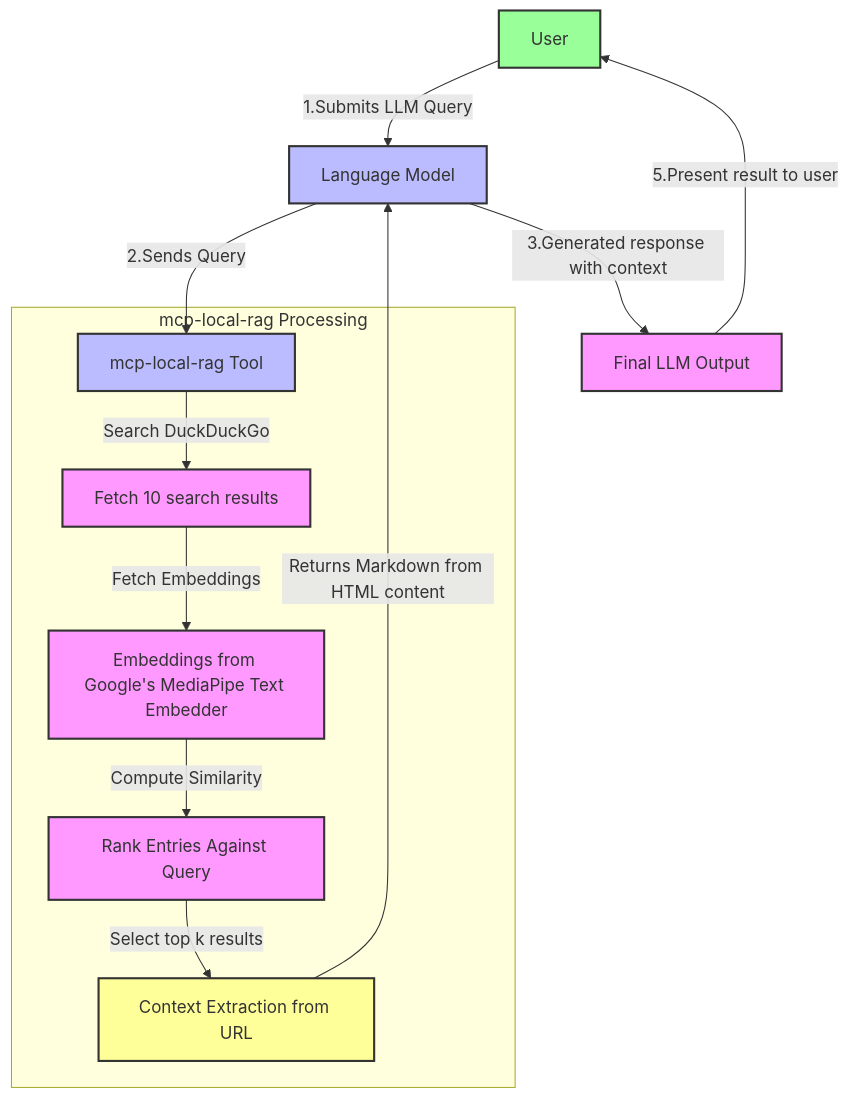
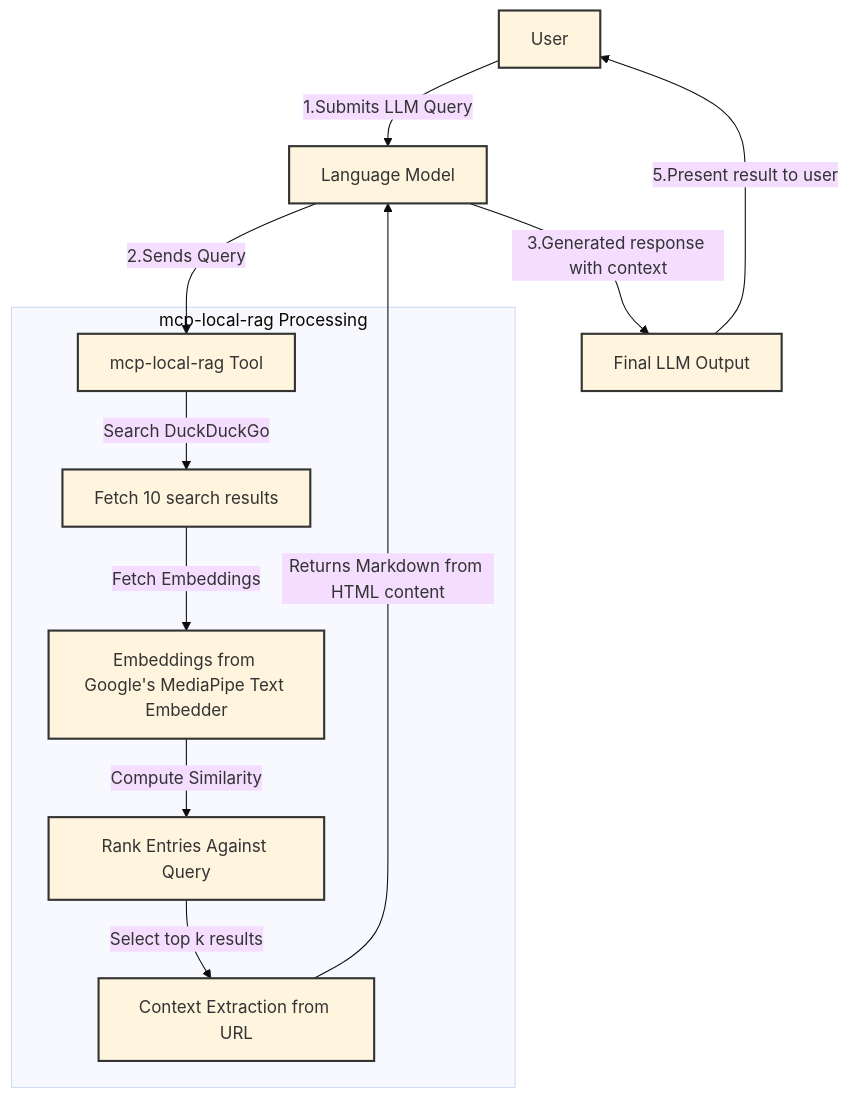
The diagram in README.md (nkapila6/mcp-local-rag), drawn with Mermaid before and after one commit. The commit also changed other lines of this file, not shown here.

````diff
--- a/README.md
+++ b/README.md
@@ -7,25 +7,26 @@
 ```mermaid
+%%{init: {'theme': 'base'}}%%
 flowchart TD
     A[User] -->|1.Submits LLM Query| B[Language Model]
     B -->|2.Sends Query| C[mcp-local-rag Tool]
     
     subgraph mcp-local-rag Processing
     C -->|Search DuckDuckGo| D[Fetch 10 search results]
     D -->|Fetch Embeddings| E[Embeddings from Google's MediaPipe Text Embedder]
     E -->|Compute Similarity| F[Rank Entries Against Query]
     F -->|Select top k results| G[Context Extraction from URL]
     end
     
     G -->|Returns Markdown from HTML content| B
     B -->|3.Generated response with context| H[Final LLM Output]
     H -->|5.Present result to user| A
 
-    classDef default fill:#f9f,stroke:#333,stroke-width:2px;
-    classDef process fill:#bbf,stroke:#333,stroke-width:2px;
-    classDef input fill:#9f9,stroke:#333,stroke-width:2px;
-    classDef output fill:#ff9,stroke:#333,stroke-width:2px;
+    classDef default stroke:#333,stroke-width:2px;
+    classDef process stroke:#333,stroke-width:2px;
+    classDef input stroke:#333,stroke-width:2px;
+    classDef output stroke:#333,stroke-width:2px;
 
     class A input;
     class B,C process;
     class G output;
 ```
````
